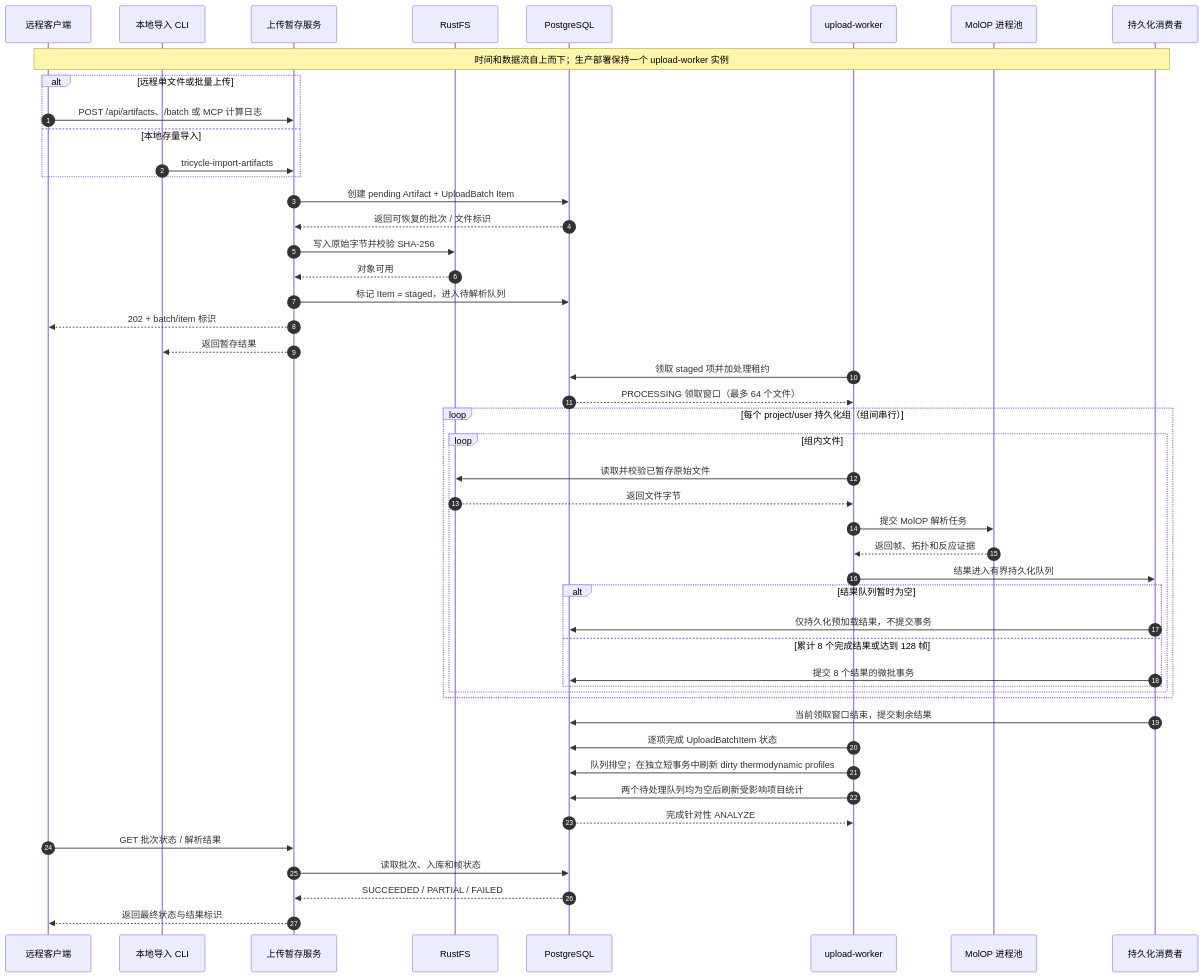
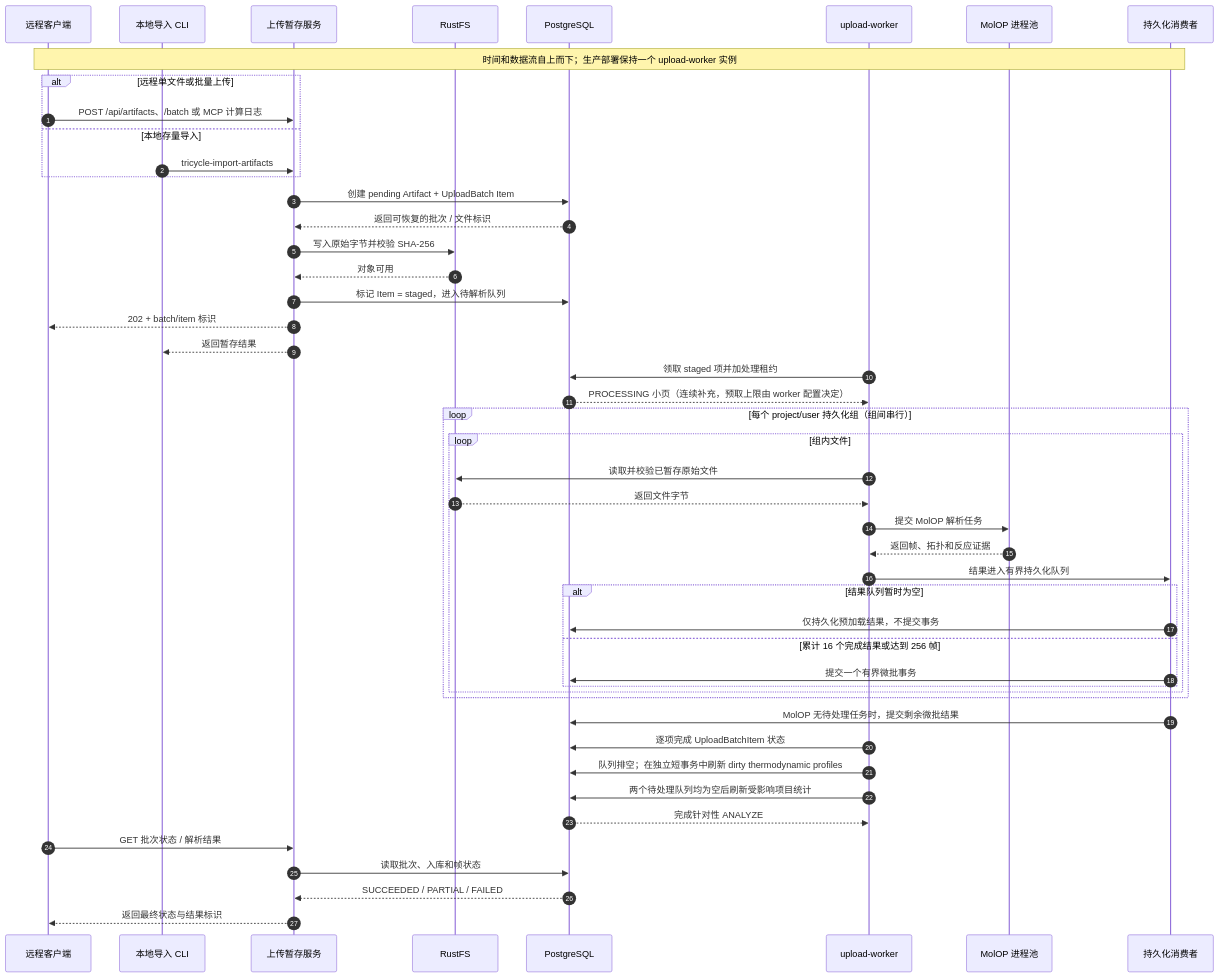
The diagram in docs/development.md (gentle1999/TriCycle-ReactionDatabase), drawn with Mermaid before and after one commit. The commit also changed other lines of this file and 38 other files, not shown here.

````diff
--- a/docs/development.md
+++ b/docs/development.md
@@ -639,52 +642,52 @@
 ```mermaid
 sequenceDiagram
     autonumber
     participant R as 远程客户端
     participant L as 本地导入 CLI
     participant S as 上传暂存服务
     participant O as RustFS
     participant D as PostgreSQL
     participant W as upload-worker
     participant M as MolOP 进程池
     participant P as 持久化消费者
 
     Note over R,P: 时间和数据流自上而下；生产部署保持一个 upload-worker 实例
     alt 远程单文件或批量上传
         R->>S: POST /api/artifacts、/batch 或 MCP 计算日志
     else 本地存量导入
         L->>S: tricycle-import-artifacts
     end
     S->>D: 创建 pending Artifact + UploadBatch Item
     D-->>S: 返回可恢复的批次 / 文件标识
     S->>O: 写入原始字节并校验 SHA-256
     O-->>S: 对象可用
     S->>D: 标记 Item = staged，进入待解析队列
     S-->>R: 202 + batch/item 标识
     S-->>L: 返回暂存结果
 
     W->>D: 领取 staged 项并加处理租约
-    D-->>W: PROCESSING 领取窗口（最多 64 个文件）
+    D-->>W: PROCESSING 小页（连续补充，预取上限由 worker 配置决定）
     loop 每个 project/user 持久化组（组间串行）
         loop 组内文件
             W->>O: 读取并校验已暂存原始文件
             O-->>W: 返回文件字节
             W->>M: 提交 MolOP 解析任务
             M-->>W: 返回帧、拓扑和反应证据
             W->>P: 结果进入有界持久化队列
             alt 结果队列暂时为空
                 P->>D: 仅持久化预加载结果，不提交事务
-            else 累计 8 个完成结果或达到 128 帧
-                P->>D: 提交 8 个结果的微批事务
+            else 累计 16 个完成结果或达到 256 帧
+                P->>D: 提交一个有界微批事务
             end
         end
     end
-    P->>D: 当前领取窗口结束，提交剩余结果
+    P->>D: MolOP 无待处理任务时，提交剩余微批结果
     W->>D: 逐项完成 UploadBatchItem 状态
     W->>D: 队列排空；在独立短事务中刷新 dirty thermodynamic profiles
     W->>D: 两个待处理队列均为空后刷新受影响项目统计
     D-->>W: 完成针对性 ANALYZE
     R->>S: GET 批次状态 / 解析结果
     S->>D: 读取批次、入库和帧状态
     D-->>S: SUCCEEDED / PARTIAL / FAILED
     S-->>R: 返回最终状态与结果标识
 ```
````
